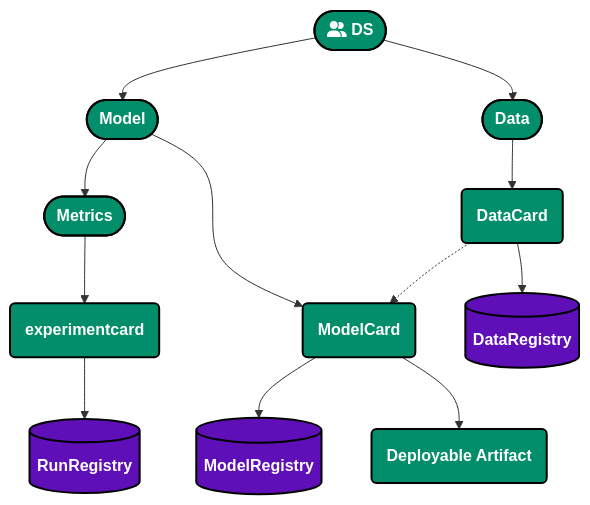
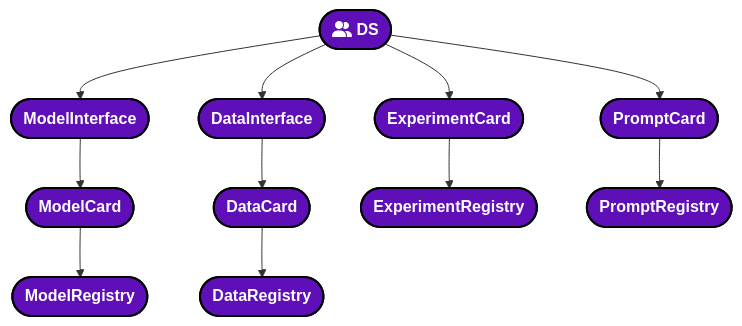
One commit to demml/opsml changed the diagram in py-opsml/docs/docs/cards/overview.md. Above: the diagram before and after it, drawn with Mermaid. The commit also changed other lines of this file and 9 other files, not shown here.

````diff
--- a/py-opsml/docs/docs/cards/overview.md
+++ b/py-opsml/docs/docs/cards/overview.md
@@ -3,27 +3,20 @@
 ```mermaid
 flowchart TD
-DS(["fa:fa-user-group" DS])
-DS --> Model([Model])
-Model --> Metrics([Metrics])
-Metrics --> experimentcard(experimentcard)
-experimentcard --> RunRegistry[(RunRegistry)]
-Model --> ModelCard(ModelCard)
-ModelCard --> ModelRegistry[(ModelRegistry)]
-ModelCard -->DeployableArtifact(Deployable Artifact)
-DS --> Data([Data])
-Data --> DataCard(DataCard)
-DataCard --> DataRegistry[(DataRegistry)]
-DataCard -.->ModelCard
+    DS(["fa:fa-user-group" DS])
+    DS --> ModelInterface(["ModelInterface"])
+    DS --> DataInterface(["DataInterface"])
+    DS --> ExperimentCard(["ExperimentCard"])
+    DS --> PromptCard(["PromptCard"])
+    DataInterface(["DataInterface"]) --> DataCard(["DataCard"])
+    ModelInterface(["ModelInterface"]) --> ModelCard(["ModelCard"])
+    ModelCard(["ModelCard"]) --> ModelRegistry(["ModelRegistry"])
+    DataCard(["DataCard"]) --> DataRegistry(["DataRegistry"])
+    ExperimentCard(["ExperimentCard"]) --> ExperimentRegistry(["ExperimentRegistry"])
+    PromptCard(["PromptCard"]) --> PromptRegistry(["PromptRegistry"])
 
-style DS fill:#028e6b,stroke:black,stroke-width:2px,color:white,font-weight:bolder
-style Model fill:#028e6b,stroke:black,stroke-width:2px,color:white,font-weight:bolder
-style Metrics fill:#028e6b,stroke:black,stroke-width:2px,color:white,font-weight:bolder
-style Data fill:#028e6b,stroke:black,stroke-width:2px,color:white,font-weight:bolder
-style experimentcard fill:#028e6b,stroke:black,stroke-width:2px,color:white,font-weight:bolder
-style DataCard fill:#028e6b,stroke:black,stroke-width:2px,color:white,font-weight:bolder
-style ModelCard fill:#028e6b,stroke:black,stroke-width:2px,color:white,font-weight:bolder
-style DeployableArtifact fill:#028e6b,stroke:black,stroke-width:2px,color:white,font-weight:bolder
-style RunRegistry fill:#5e0fb7,stroke:black,stroke-width:2px,color:white,font-weight:bolder
-style ModelRegistry fill:#5e0fb7,stroke:black,stroke-width:2px,color:white,font-weight:bolder
-style DataRegistry fill:#5e0fb7,stroke:black,stroke-width:2px,color:white,font-weight:bolder
+
+
+    %% Apply consistent styling to all nodes
+    classDef default fill:#5e0fb7,stroke:black,stroke-width:2px,color:white,font-weight:bolder,border-radius:10px
+    class DS,ModelInterface,DataInterface,ExperimentCard,PromptCard,DataCard,ModelCard,ModelRegistry,DataRegistry,ExperimentRegistry,PromptRegistry default
 ```
````
